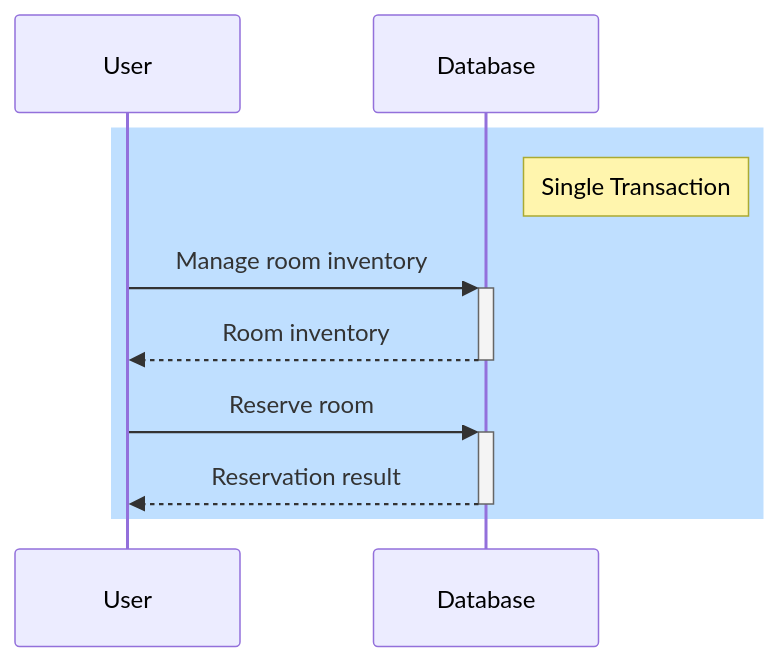
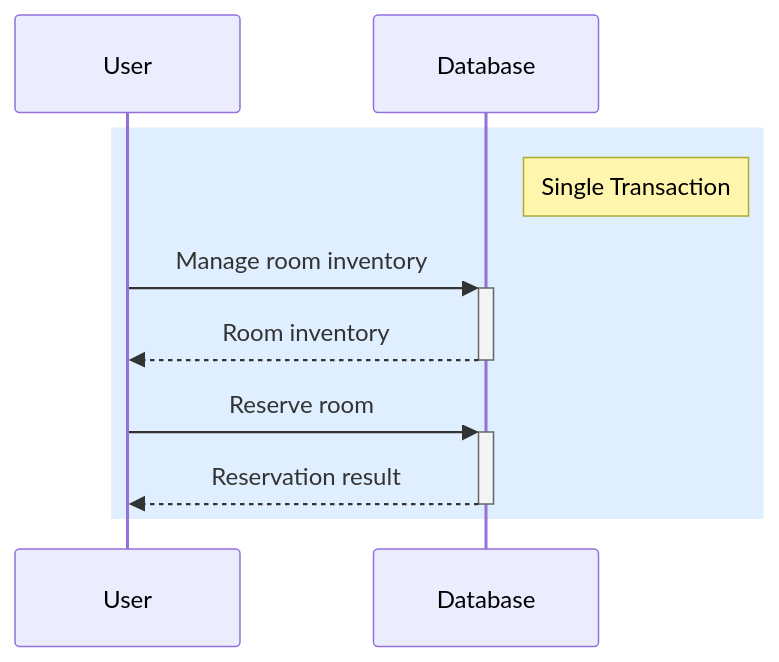
One commit to giwankim/til changed the second of 3 diagrams in system-design/interview2/07-hotel-reservation-system.md. Above: the diagram before and after it, drawn with Mermaid. The commit also changed other lines of this file and 2 other files, not shown here.

````diff
--- a/system-design/interview2/07-hotel-reservation-system.md
+++ b/system-design/interview2/07-hotel-reservation-system.md
@@ -135,14 +190,14 @@
 ```mermaid
 sequenceDiagram
   participant User
   participant Database
 
-  rect rgb(191, 223, 255)
+  rect rgb(191, 223, 255, 0.5)
   Note right of Database: Single Transaction
   User->>+Database: Manage room inventory
   Database-->>-User: Room inventory 
 
   User->>+Database: Reserve room
   Database-->>-User: Reservation result
   end
 ```
````
